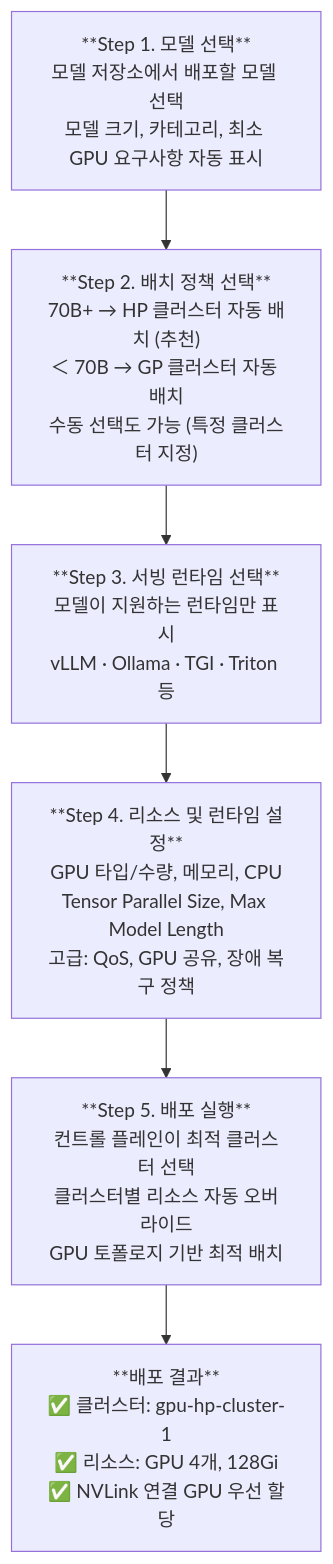
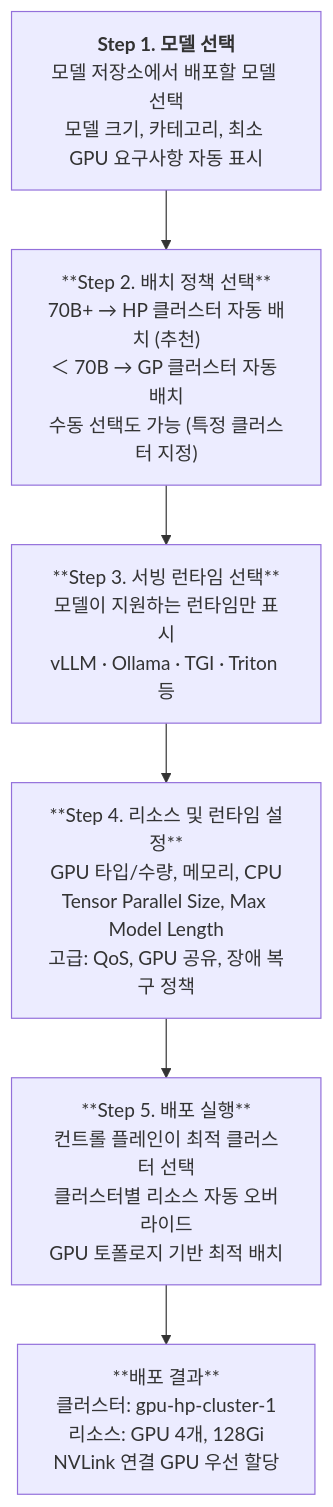
The first of 2 diagrams in _portfolio/H-MAS.md (parameterfreak/parameterfreak.github.io), drawn with Mermaid before and after one commit.

Commit message:
Update mermaid flowchart: use HTML bold tag and clean up emoji in deploy steps

````diff
--- a/_portfolio/H-MAS.md
+++ b/_portfolio/H-MAS.md
@@ -128,11 +128,11 @@
 ```mermaid
 flowchart TD
-    S1["**Step 1. 모델 선택**<br/>모델 저장소에서 배포할 모델 선택<br/>모델 크기, 카테고리, 최소 GPU 요구사항 자동 표시"]
+    S1["<b>Step 1. 모델 선택</b><br/>모델 저장소에서 배포할 모델 선택<br/>모델 크기, 카테고리, 최소 GPU 요구사항 자동 표시"]
     S2["**Step 2. 배치 정책 선택**<br/>70B+ → HP 클러스터 자동 배치 (추천)<br/>＜ 70B → GP 클러스터 자동 배치<br/>수동 선택도 가능 (특정 클러스터 지정)"]
     S3["**Step 3. 서빙 런타임 선택**<br/>모델이 지원하는 런타임만 표시<br/>vLLM · Ollama · TGI · Triton 등"]
     S4["**Step 4. 리소스 및 런타임 설정**<br/>GPU 타입/수량, 메모리, CPU<br/>Tensor Parallel Size, Max Model Length<br/>고급: QoS, GPU 공유, 장애 복구 정책"]
     S5["**Step 5. 배포 실행**<br/>컨트롤 플레인이 최적 클러스터 선택<br/>클러스터별 리소스 자동 오버라이드<br/>GPU 토폴로지 기반 최적 배치"]
-    R["**배포 결과**<br/>✅ 클러스터: gpu-hp-cluster-1<br/>✅ 리소스: GPU 4개, 128Gi<br/>✅ NVLink 연결 GPU 우선 할당"]
+    R["**배포 결과**<br/>클러스터: gpu-hp-cluster-1<br/>리소스: GPU 4개, 128Gi<br/>NVLink 연결 GPU 우선 할당"]
 
     S1 --> S2 --> S3 --> S4 --> S5 --> R
 ```
````
